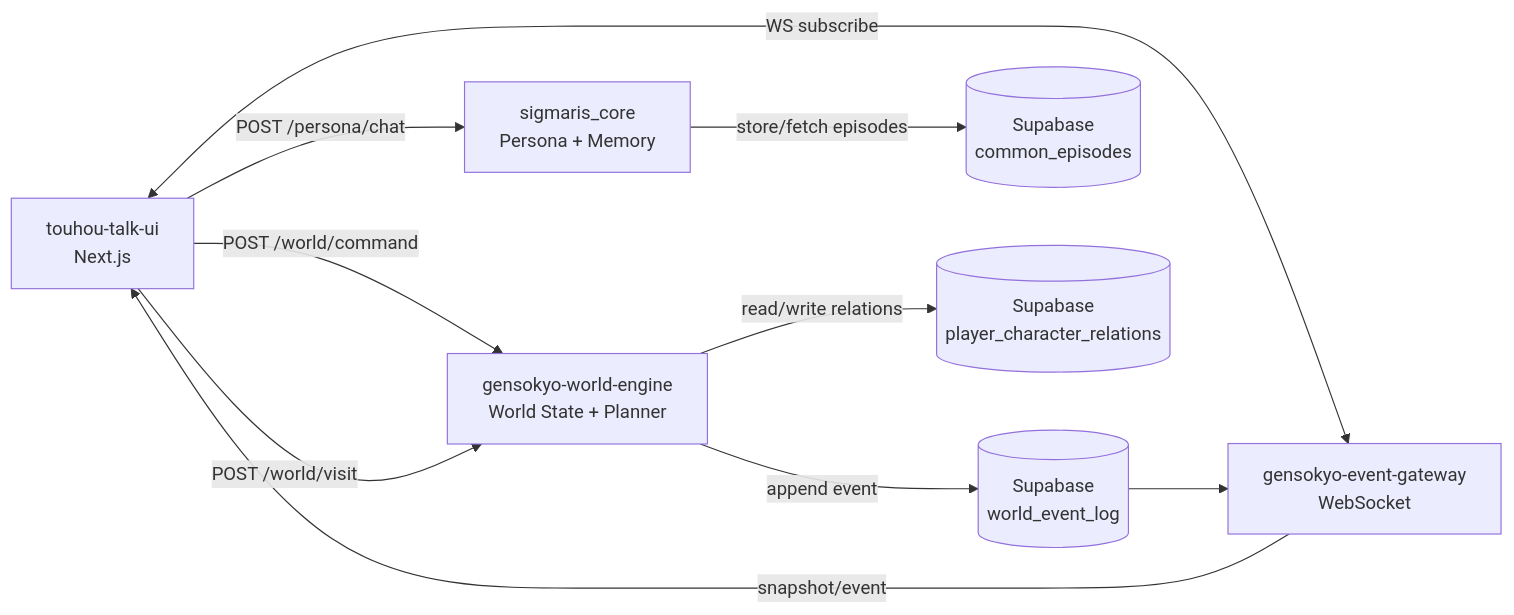
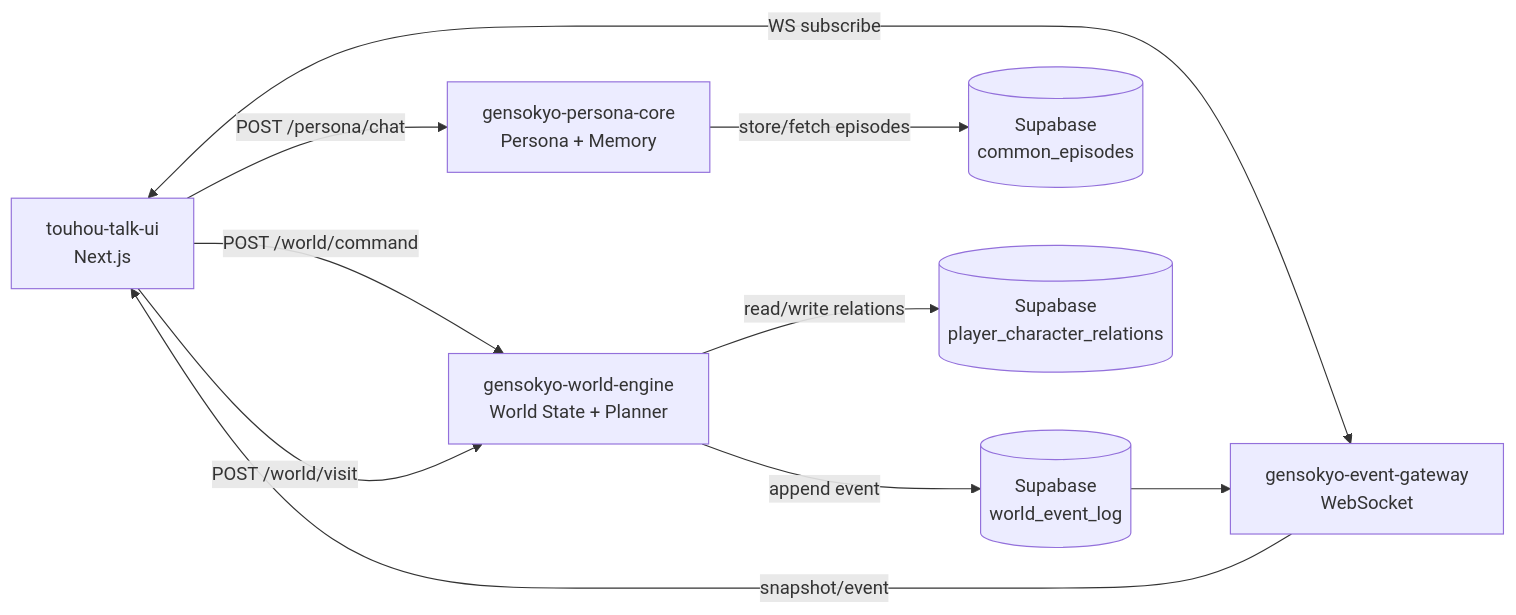
The diagram in touhou-talk-ui/docs/gensokyo-world-docs/18_character_relations_scoped_memory_and_simulation.md (uthuyomi/gensokyo-chat), drawn with Mermaid before and after one commit. The commit also changed other lines of this file and 464 other files, not shown here.

First line of the commit message:
chore: remove sigmaris-os, rename core to gensokyo-persona-core

````diff
--- a/touhou-talk-ui/docs/gensokyo-world-docs/18_character_relations_scoped_memory_and_simulation.md
+++ b/touhou-talk-ui/docs/gensokyo-world-docs/18_character_relations_scoped_memory_and_simulation.md
@@ -62,12 +62,12 @@
 ```mermaid
 flowchart LR
-  UI[touhou-talk-ui\nNext.js] -->|POST /persona/chat| CORE[sigmaris_core\nPersona + Memory]
+  UI[touhou-talk-ui\nNext.js] -->|POST /persona/chat| CORE[gensokyo-persona-core\nPersona + Memory]
   UI -->|POST /world/command| WE[gensokyo-world-engine\nWorld State + Planner]
   UI -->|POST /world/visit| WE
   WE -->|append event| SB[(Supabase\nworld_event_log)]
   CORE -->|store/fetch episodes| SB2[(Supabase\ncommon_episodes)]
   WE -->|read/write relations| SB3[(Supabase\nplayer_character_relations)]
   UI <-->|WS subscribe| GW[gensokyo-event-gateway\nWebSocket]
   GW -->|snapshot/event| UI
   SB --> GW
 ```
````
